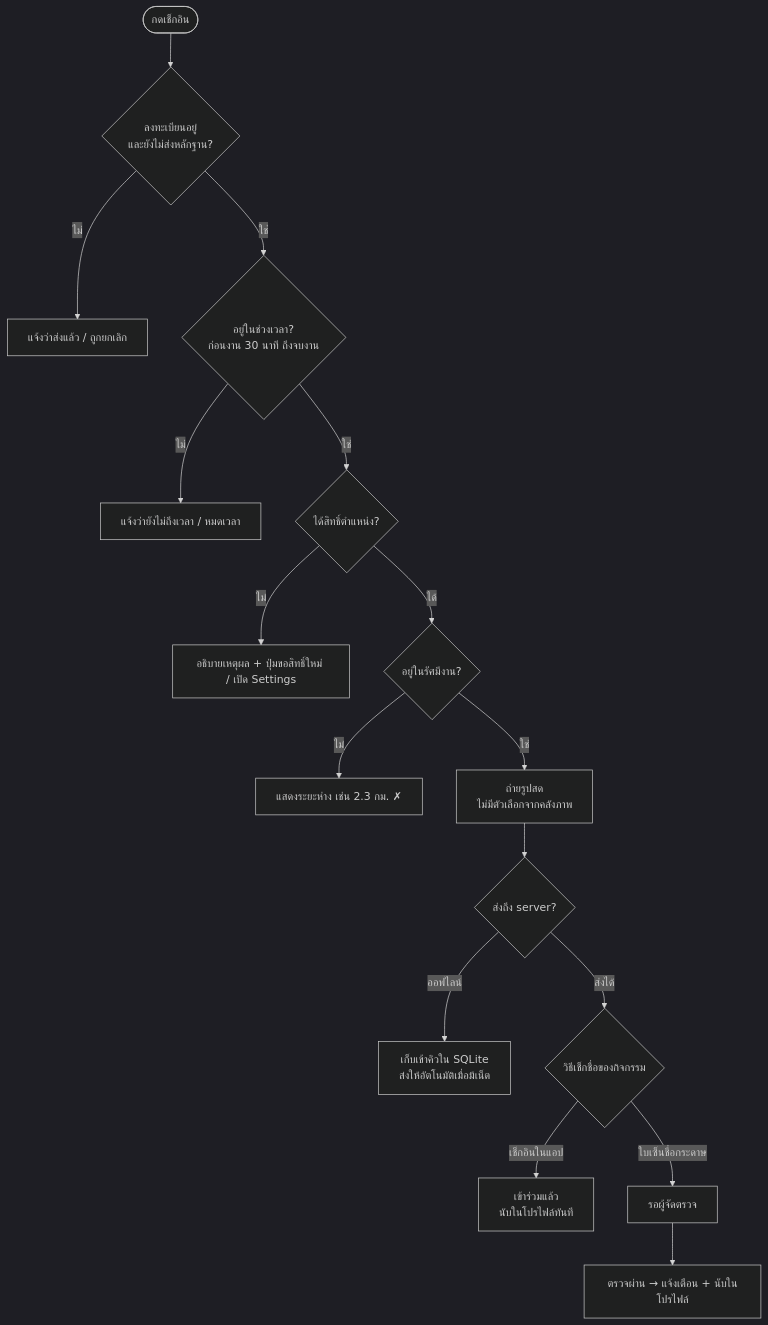
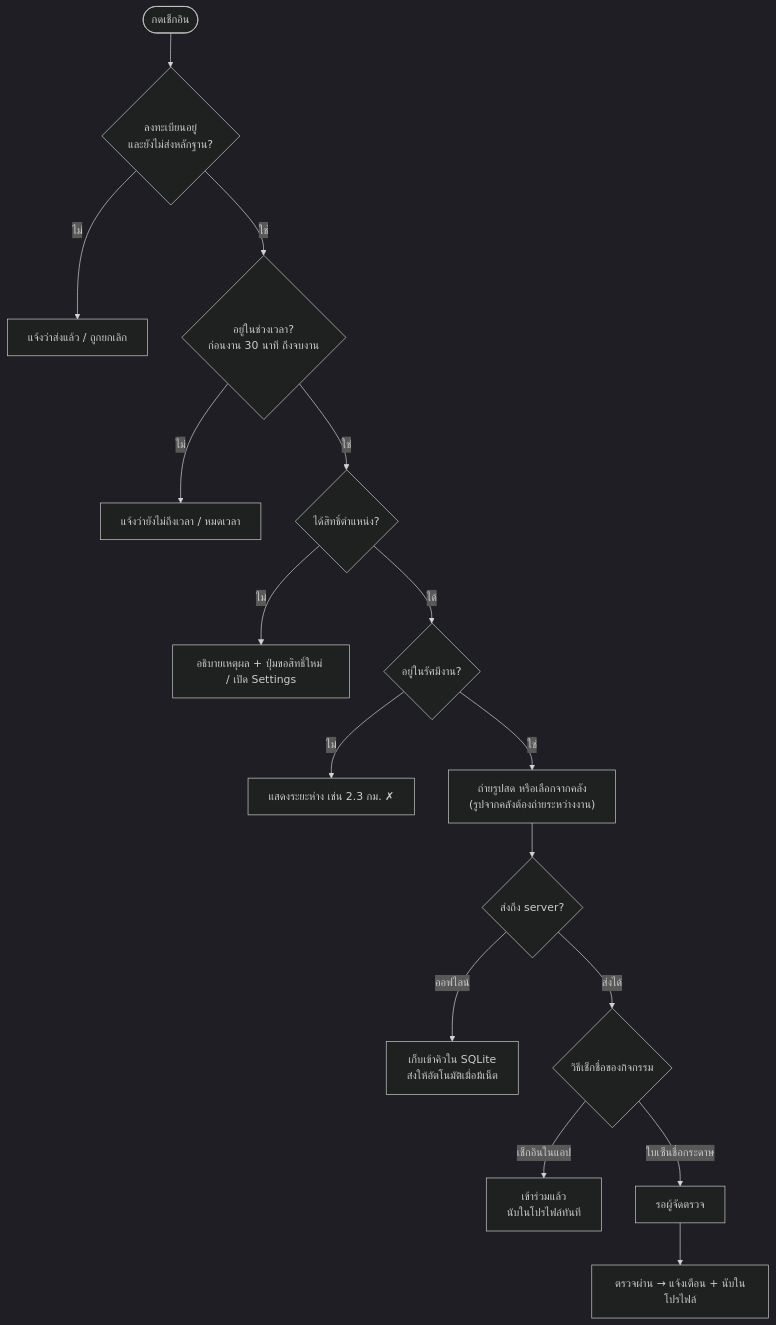
Before and after one commit to phop01/Hybrid_Mobile_Assignment11: the second of 4 diagrams in docs/DIAGRAMS.md, drawn with Mermaid (dark theme). The commit also changed 17 other files, not shown here.

````diff
--- a/docs/DIAGRAMS.md
+++ b/docs/DIAGRAMS.md
@@ -33,17 +33,17 @@
 ```mermaid
 flowchart TD
   start(["กดเช็กอิน"]) --> st{"ลงทะเบียนอยู่<br>และยังไม่ส่งหลักฐาน?"}
   st -->|"ไม่"| x1["แจ้งว่าส่งแล้ว / ถูกยกเลิก"]
   st -->|"ใช่"| t{"อยู่ในช่วงเวลา?<br>ก่อนงาน 30 นาที ถึงจบงาน"}
   t -->|"ไม่"| x2["แจ้งว่ายังไม่ถึงเวลา / หมดเวลา"]
   t -->|"ใช่"| loc{"ได้สิทธิ์ตำแหน่ง?"}
   loc -->|"ไม่"| x3["อธิบายเหตุผล + ปุ่มขอสิทธิ์ใหม่ / เปิด Settings"]
   loc -->|"ได้"| r{"อยู่ในรัศมีงาน?"}
   r -->|"ไม่"| x4["แสดงระยะห่าง เช่น 2.3 กม. ✗"]
-  r -->|"ใช่"| cam["ถ่ายรูปสด<br>ไม่มีตัวเลือกจากคลังภาพ"]
+  r -->|"ใช่"| cam["ถ่ายรูปสด หรือเลือกจากคลัง<br>(รูปจากคลังต้องถ่ายระหว่างงาน)"]
   cam --> send{"ส่งถึง server?"}
   send -->|"ออฟไลน์"| q["เก็บเข้าคิวใน SQLite<br>ส่งให้อัตโนมัติเมื่อมีเน็ต"]
   send -->|"ส่งได้"| m{"วิธีเช็กชื่อของกิจกรรม"}
   m -->|"เช็กอินในแอป"| ok["เข้าร่วมแล้ว<br>นับในโปรไฟล์ทันที"]
   m -->|"ใบเซ็นชื่อกระดาษ"| pr["รอผู้จัดตรวจ"] --> v["ตรวจผ่าน → แจ้งเตือน + นับในโปรไฟล์"]
 ```
````
